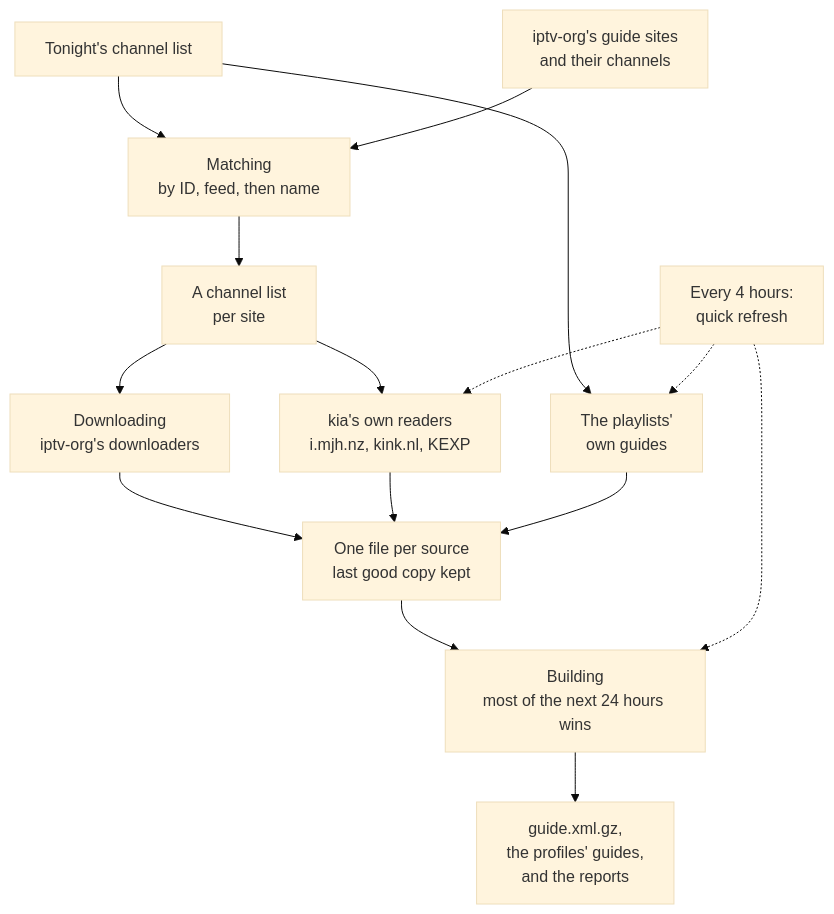
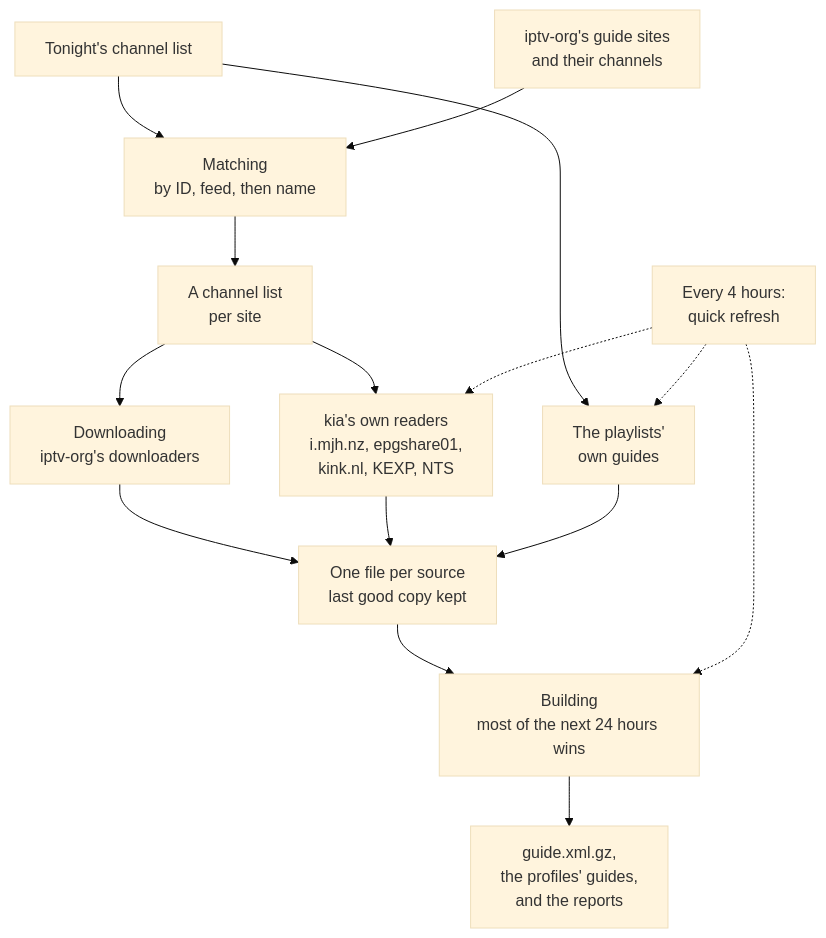
The diagram in docs/diagrams/guide-build.mmd (southsidedean/kodi-iptv-assistant), drawn with Mermaid (base theme) before and after one commit. The commit also changed 8 other files, not shown here.

```diff
--- a/docs/diagrams/guide-build.mmd
+++ b/docs/diagrams/guide-build.mmd
@@ -1,15 +1,15 @@
 flowchart TB
   list["Tonight's channel list"] --> map["Matching<br>by ID, feed, then name"]
   epg["iptv-org's guide sites<br>and their channels"] --> map
   map --> chans["A channel list<br>per site"]
   chans --> grab["Downloading<br>iptv-org's downloaders"]
-  chans --> own["kia's own readers<br>i.mjh.nz, kink.nl, KEXP"]
+  chans --> own["kia's own readers<br>i.mjh.nz, epgshare01,<br>kink.nl, KEXP, NTS"]
   list --> pl["The playlists'<br>own guides"]
   grab --> files["One file per source<br>last good copy kept"]
   own --> files
   pl --> files
   files --> build["Building<br>most of the next 24 hours wins"]
   build --> out["guide.xml.gz,<br>the profiles' guides,<br>and the reports"]
   quick["Every 4 hours:<br>quick refresh"] -.-> own
   quick -.-> pl
   quick -.-> build
```
